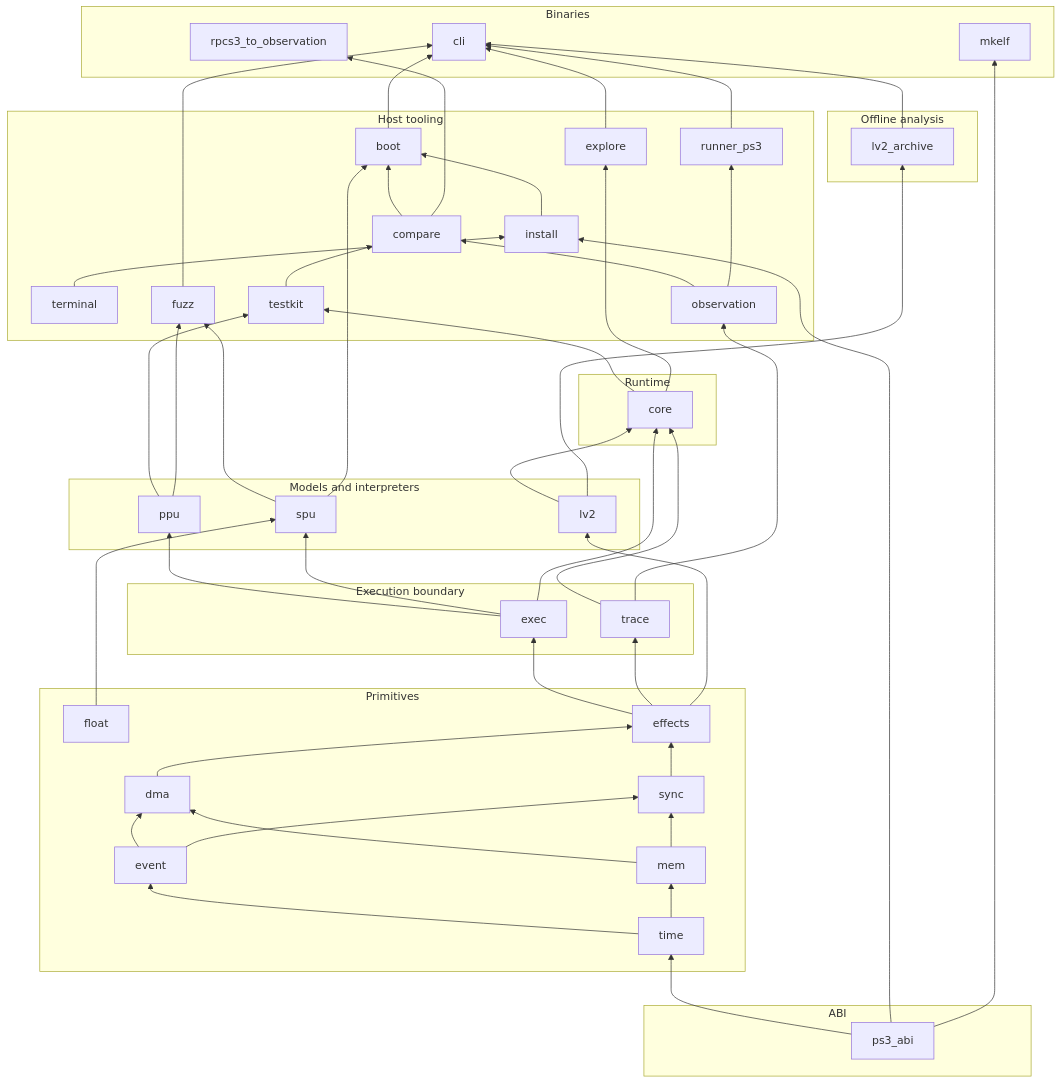
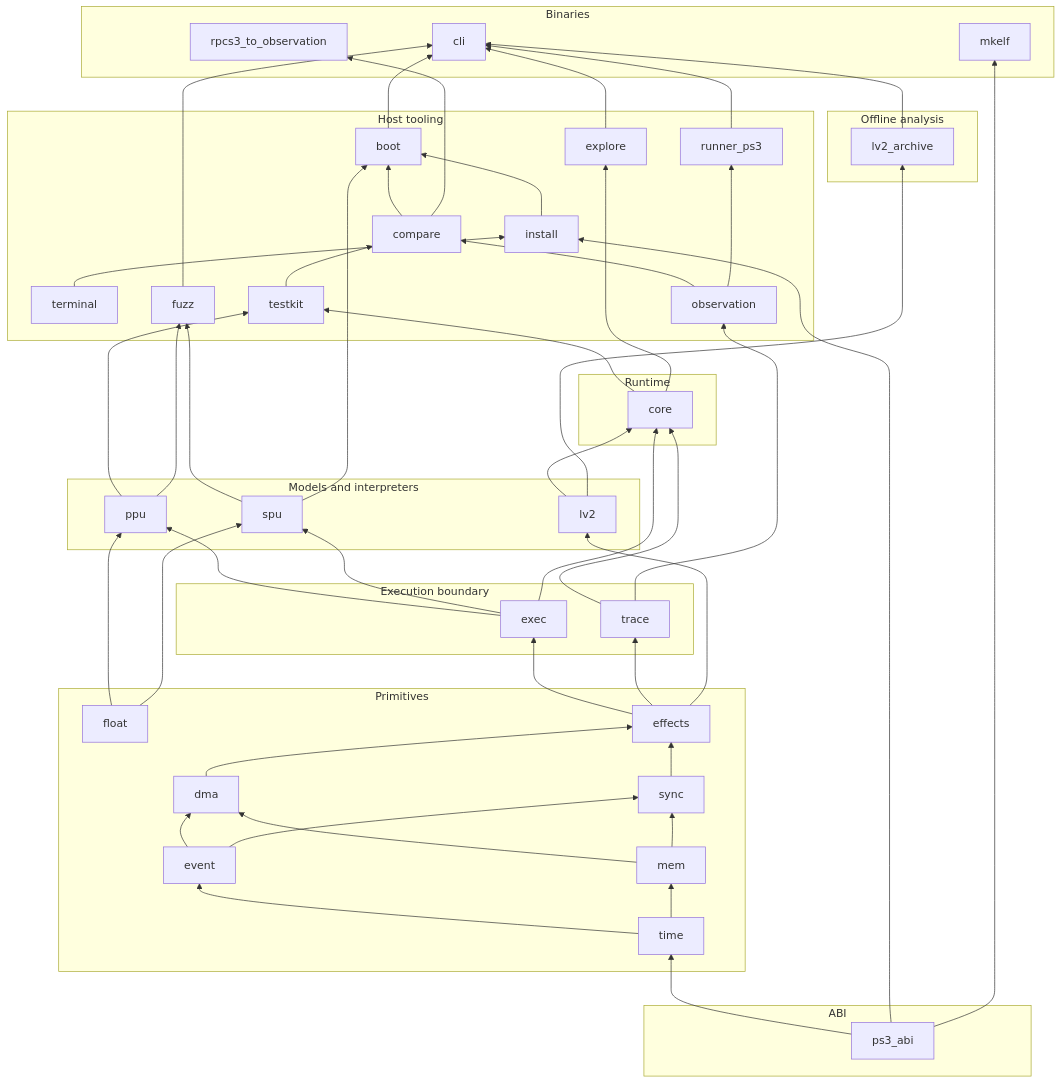
One commit to RoyalAce22/CellGov changed the diagram in docs/architecture/workspace.md. Above: the diagram before and after it, drawn with Mermaid. The commit also changed 17 other files, not shown here.

Commit message:
feat(ppu): execute the vector float compares through the float engine

````diff
--- a/docs/architecture/workspace.md
+++ b/docs/architecture/workspace.md
@@ -11,68 +11,69 @@
 ```mermaid
 graph BT
   subgraph ABI
     ps3_abi
   end
   subgraph Primitives
     time; float; event; mem; dma; sync; effects
   end
   subgraph Execution boundary
     exec; trace
   end
   subgraph Models and interpreters
     lv2; ppu; spu
   end
   subgraph Runtime
     core
   end
   subgraph Offline analysis
     lv2_archive
   end
   subgraph Host tooling
     terminal; testkit; observation; compare; explore; fuzz; install; runner_ps3; boot
   end
   subgraph Binaries
     cli; mkelf; rpcs3_to_observation
   end
 
   ps3_abi --> time
   time --> event
   time --> mem
   event --> dma
   mem --> dma
   event --> sync
   mem --> sync
   dma --> effects
   sync --> effects
   effects --> exec
   effects --> trace
   effects --> lv2
   exec --> ppu
+  float --> ppu
   exec --> spu
   float --> spu
   exec --> core
   lv2 --> core
   trace --> core
   lv2 --> lv2_archive
   core --> testkit
   ppu --> testkit
   trace --> observation
   observation --> compare
   testkit --> compare
   core --> explore
   ppu --> fuzz
   spu --> fuzz
   ps3_abi --> install
   terminal --> install
   observation --> runner_ps3
   compare --> boot
   install --> boot
   spu --> boot
   boot --> cli
   explore --> cli
   fuzz --> cli
   lv2_archive --> cli
   runner_ps3 --> cli
   ps3_abi --> mkelf
   compare --> rpcs3_to_observation
 ```
````
